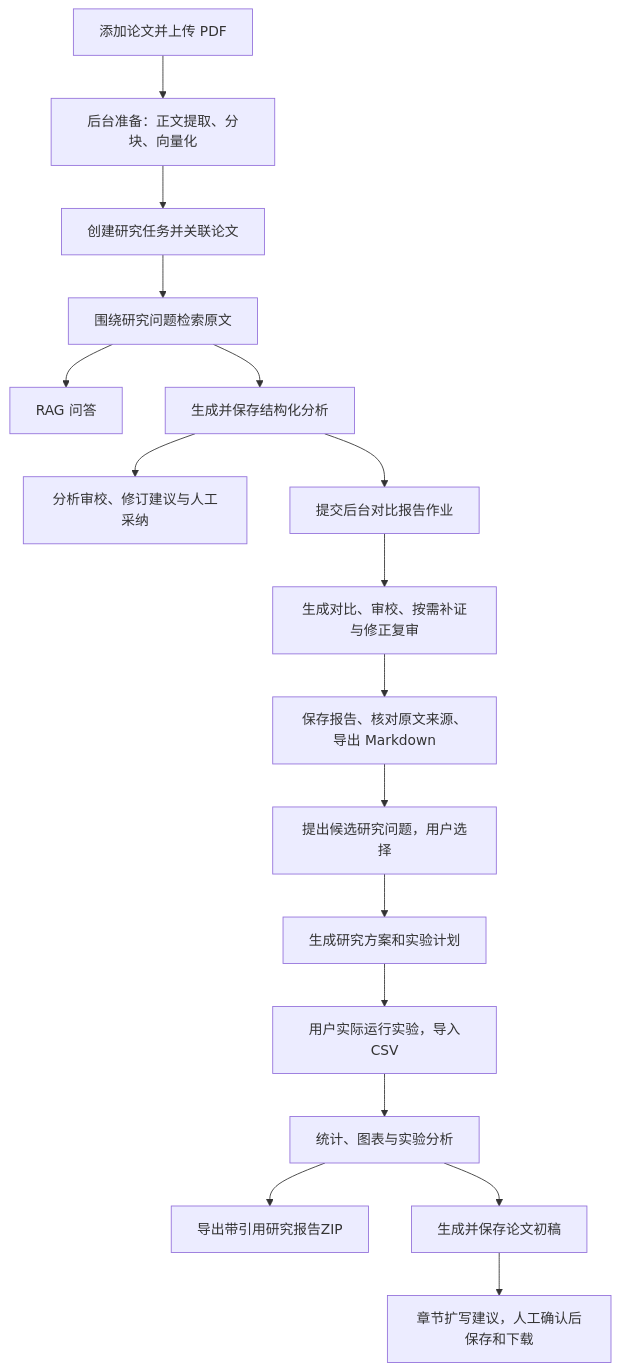
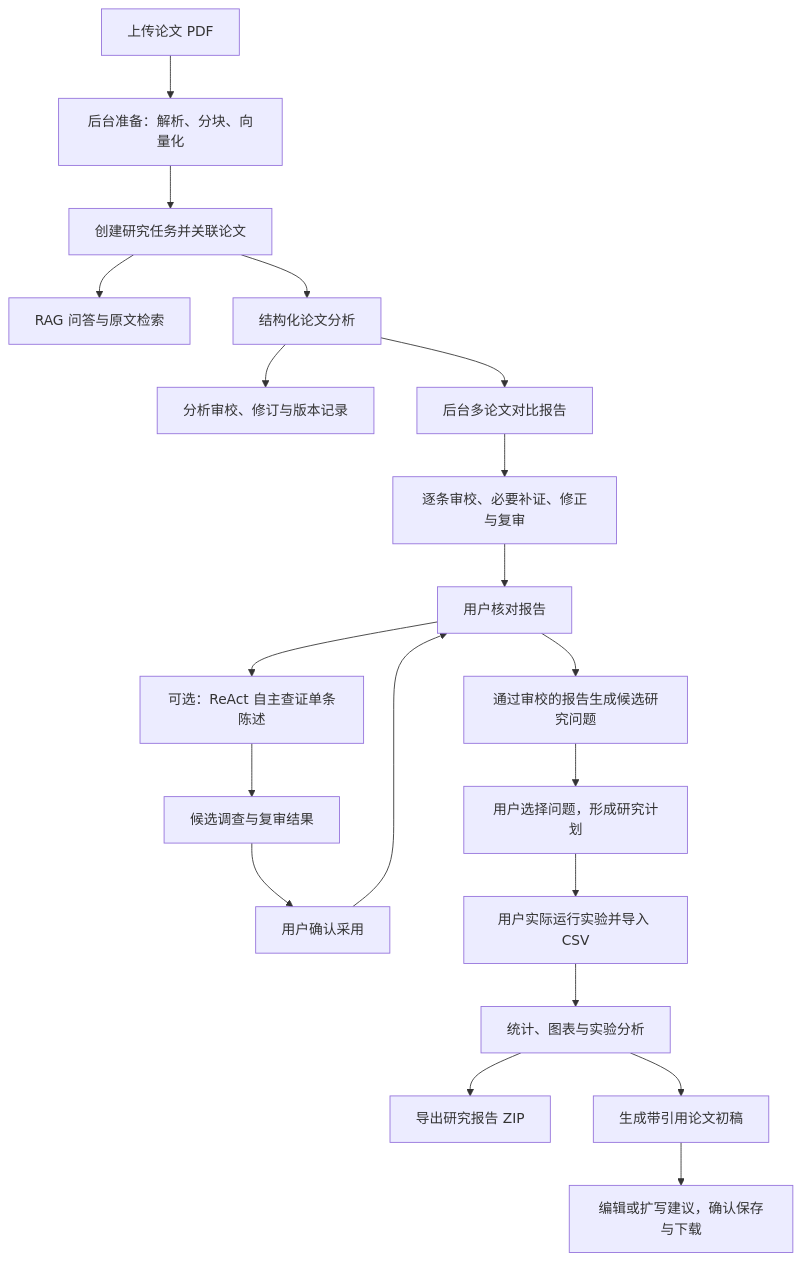
The diagram in README.md (wenxulong/research-library), drawn with Mermaid before and after one commit. The commit also changed other lines of this file and 1 other file, not shown here.

````diff
--- a/README.md
+++ b/README.md
@@ -34,19 +28,22 @@
 ```mermaid
 flowchart TD
-    A[添加论文并上传 PDF] --> B[后台准备：正文提取、分块、向量化]
+    A[上传论文 PDF] --> B[后台准备：解析、分块、向量化]
     B --> C[创建研究任务并关联论文]
-    C --> D[围绕研究问题检索原文]
-    D --> E[RAG 问答]
-    D --> F[生成并保存结构化分析]
-    F --> G[分析审校、修订建议与人工采纳]
-    F --> H[提交后台对比报告作业]
-    H --> I[生成对比、审校、按需补证与修正复审]
-    I --> J[保存报告、核对原文来源、导出 Markdown]
-    J --> K[提出候选研究问题，用户选择]
-    K --> L[生成研究方案和实验计划]
-    L --> M[用户实际运行实验，导入CSV]
-    M --> N[统计、图表与实验分析]
-    N --> O[导出带引用研究报告ZIP]
-    N --> P[生成并保存论文初稿]
-    P --> Q[章节扩写建议，人工确认后保存和下载]
+    C --> D[RAG 问答与原文检索]
+    C --> E[结构化论文分析]
+    E --> F[分析审校、修订与版本记录]
+    E --> G[后台多论文对比报告]
+    G --> H[逐条审校、必要补证、修正与复审]
+    H --> I[用户核对报告]
+    I --> J[可选：ReAct 自主查证单条陈述]
+    J --> K[候选调查与复审结果]
+    K --> L[用户确认采用]
+    L --> I
+    I --> M[通过审校的报告生成候选研究问题]
+    M --> N[用户选择问题，形成研究计划]
+    N --> O[用户实际运行实验并导入 CSV]
+    O --> P[统计、图表与实验分析]
+    P --> Q[导出研究报告 ZIP]
+    P --> R[生成带引用论文初稿]
+    R --> S[编辑或扩写建议，确认保存与下载]
 ```
````
